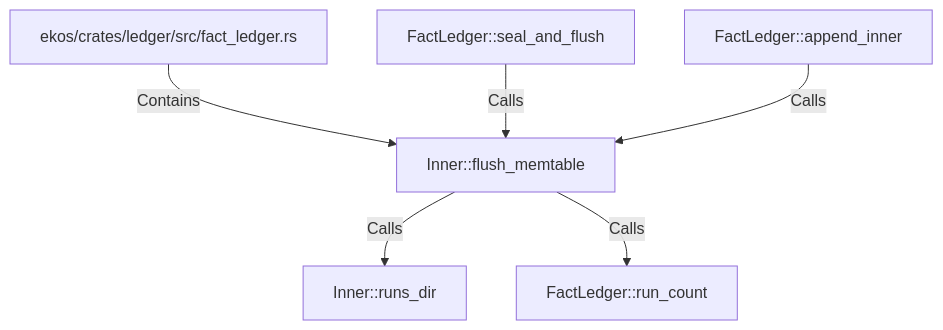
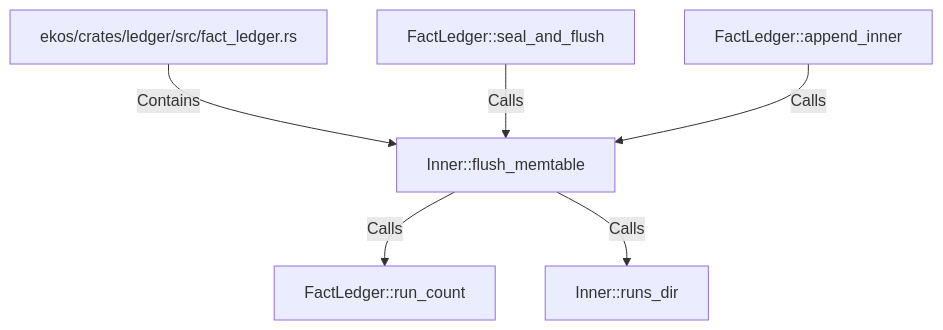
The diagram in doc/entities/rustsymbol/in/inner-flush-memtable.md (alexeyban/EKOS), drawn with Mermaid before and after one commit. The commit also changed other lines of this file and 552 other files, not shown here.

````diff
--- a/doc/entities/rustsymbol/in/inner-flush-memtable.md
+++ b/doc/entities/rustsymbol/in/inner-flush-memtable.md
@@ -24,14 +24,14 @@
 ```mermaid
 graph TD
     nec9d46ec95765ab5a0144e0946f5dc5e["Inner::flush_memtable"]
     neadcb59e818f5d1eaf87ff29aba11423["ekos/crates/ledger/src/fact_ledger.rs"]
     neadcb59e818f5d1eaf87ff29aba11423 -->|Contains| nec9d46ec95765ab5a0144e0946f5dc5e
     n928856d42abc5ba682bac6c17887db5e["FactLedger::seal_and_flush"]
     n928856d42abc5ba682bac6c17887db5e -->|Calls| nec9d46ec95765ab5a0144e0946f5dc5e
     nabbc13e087055d3caa78d21e9a9882ee["FactLedger::append_inner"]
     nabbc13e087055d3caa78d21e9a9882ee -->|Calls| nec9d46ec95765ab5a0144e0946f5dc5e
+    nfaf5db4aa16d59feb9e94db75e4bce6a["FactLedger::run_count"]
+    nec9d46ec95765ab5a0144e0946f5dc5e -->|Calls| nfaf5db4aa16d59feb9e94db75e4bce6a
     nd8a4a271e1a651689d3e6965e3c3c9bc["Inner::runs_dir"]
     nec9d46ec95765ab5a0144e0946f5dc5e -->|Calls| nd8a4a271e1a651689d3e6965e3c3c9bc
-    nfaf5db4aa16d59feb9e94db75e4bce6a["FactLedger::run_count"]
-    nec9d46ec95765ab5a0144e0946f5dc5e -->|Calls| nfaf5db4aa16d59feb9e94db75e4bce6a
 ```
````
